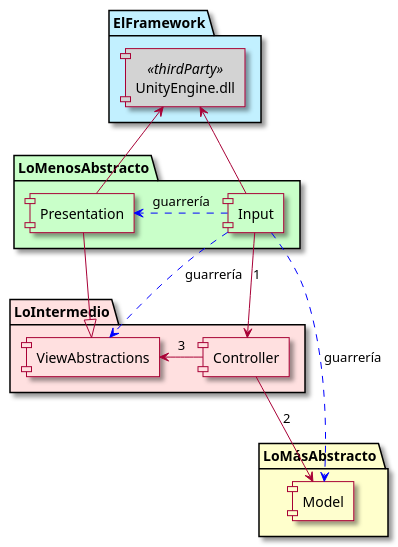
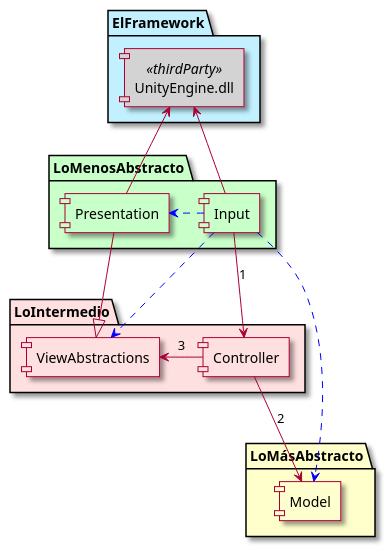
The diagram in Assets/CoD/Docs~/Architecture.puml (RicardoGuzmanVelasco/ArchitecturalCookieClicker), drawn with PlantUML before and after one commit. The commit also changed 3 other files, not shown here.

```diff
--- a/Assets/CoD/Docs~/Architecture.puml
+++ b/Assets/CoD/Docs~/Architecture.puml
@@ -1,36 +1,36 @@
 @startuml
 skin rose
 skinparam componentstyle uml1
 
 package LoMásAbstracto #business {
 component Model
 }
 
 package LoMenosAbstracto #technology {
 component Presentation #technology
 component Input #technology
 }
 
 package LoIntermedio #implementation {
 component Controller #implementation
 component ViewAbstractions #implementation
 }
 
 package ElFramework #application{
 component UnityEngine.dll <<thirdParty>> #lightgray
 }
 
 Input --> Controller : 1
 Controller --> Model : 2
 Presentation --|> ViewAbstractions
 Controller -> ViewAbstractions : 3
 
 Presentation -u-> UnityEngine.dll
 Input -u-> UnityEngine.dll
 
 
-Input ..> ViewAbstractions #blue : guarrería
-Input ..> Model #blue : guarrería
-Input .> Presentation #blue : guarrería
+Input ..> ViewAbstractions #blue
+Input ..> Model #blue
+Input .> Presentation #blue
 
 @enduml
```
